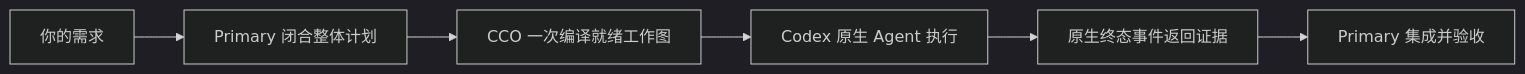
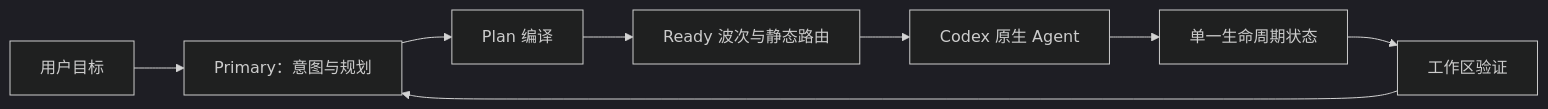
One commit to KirschBluteX/agent-orchestration-gateway changed the diagram in README.zh-CN.md. Above: the diagram before and after it, drawn with Mermaid (dark theme). The commit also changed other lines of this file and 53 other files, not shown here.

````diff
--- a/README.zh-CN.md
+++ b/README.zh-CN.md
@@ -35,8 +25,10 @@
 ```mermaid
 flowchart LR
-    U["你的需求"] --> P["Primary 闭合整体计划"]
-    P --> R["CCO 一次编译就绪工作图"]
-    R --> A["Codex 原生 Agent 执行"]
-    A --> E["原生终态事件返回证据"]
-    E --> V["Primary 集成并验收"]
+    U["用户目标"] --> P["Primary：意图与规划"]
+    P --> C["Plan 编译"]
+    C --> W["Ready 波次与静态路由"]
+    W --> A["Codex 原生 Agent"]
+    A --> L["单一生命周期状态"]
+    L --> G["工作区验证"]
+    G --> P
 ```
````
